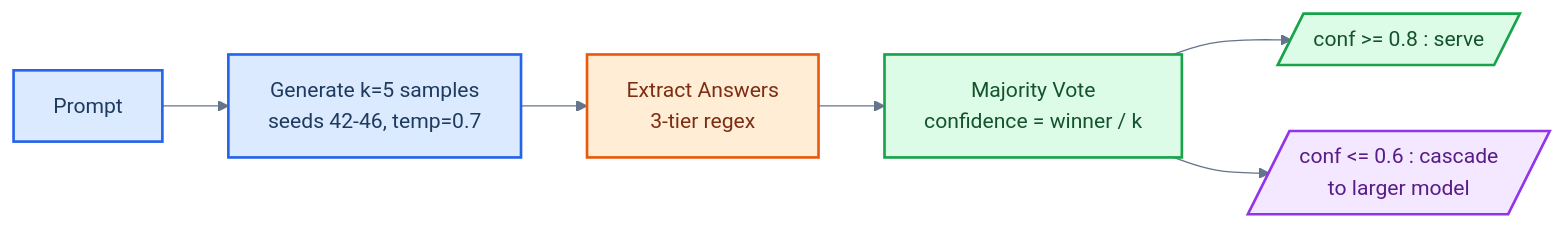
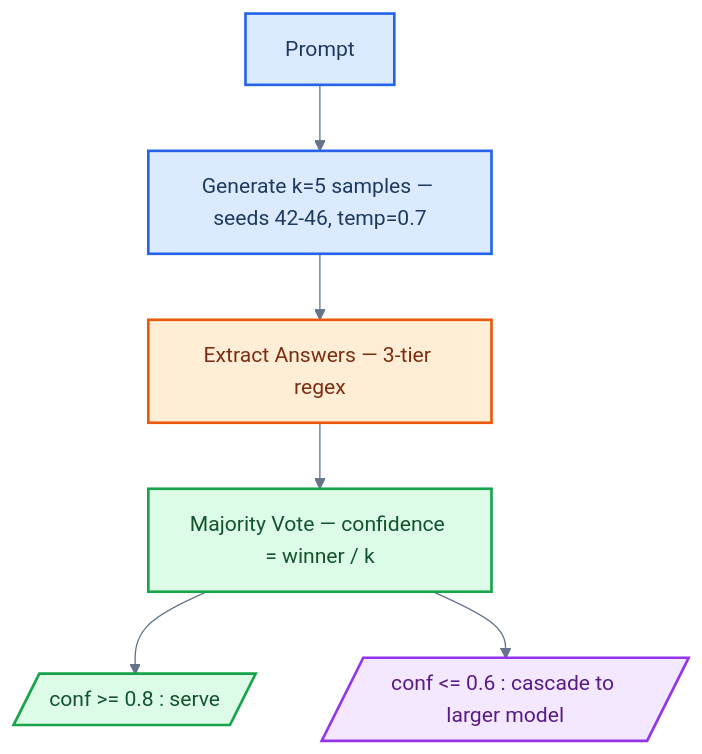
Before and after one commit to jameswniu/self-hosted-llm-evals-lab: the third of 4 diagrams in README.md, drawn with Mermaid. The commit also changed other lines of this file, not shown here.

First line of the commit message:
switch pipeline diagrams from LR to TD for larger rendering

````diff
--- a/README.md
+++ b/README.md
@@ -131,19 +131,19 @@
 ```mermaid
 %%{init: {'theme': 'base', 'themeVariables': {'lineColor': '#64748b', 'clusterBkg': '#f8fafc', 'clusterBorder': '#e2e8f0'}}}%%
-flowchart LR
+flowchart TD
     classDef blue fill:#dbeafe,stroke:#2563eb,color:#1e3a5f,stroke-width:2px
     classDef orange fill:#ffedd5,stroke:#ea580c,color:#7c2d12,stroke-width:2px
     classDef green fill:#dcfce7,stroke:#16a34a,color:#14532d,stroke-width:2px
     classDef purple fill:#f3e8ff,stroke:#9333ea,color:#581c87,stroke-width:2px
 
     P["Prompt"]:::blue
-    GEN["Generate k=5 samples<br/>seeds 42-46, temp=0.7"]:::blue
-    EXT["Extract Answers<br/>3-tier regex"]:::orange
-    VOTE["Majority Vote<br/>confidence = winner / k"]:::green
+    GEN["Generate k=5 samples — seeds 42-46, temp=0.7"]:::blue
+    EXT["Extract Answers — 3-tier regex"]:::orange
+    VOTE["Majority Vote — confidence = winner / k"]:::green
     HIGH[/"conf >= 0.8 : serve"/]:::green
-    LOW[/"conf <= 0.6 : cascade<br/>to larger model"/]:::purple
+    LOW[/"conf <= 0.6 : cascade to larger model"/]:::purple
 
     P --> GEN --> EXT --> VOTE
     VOTE --> HIGH
     VOTE --> LOW
 ```
````
